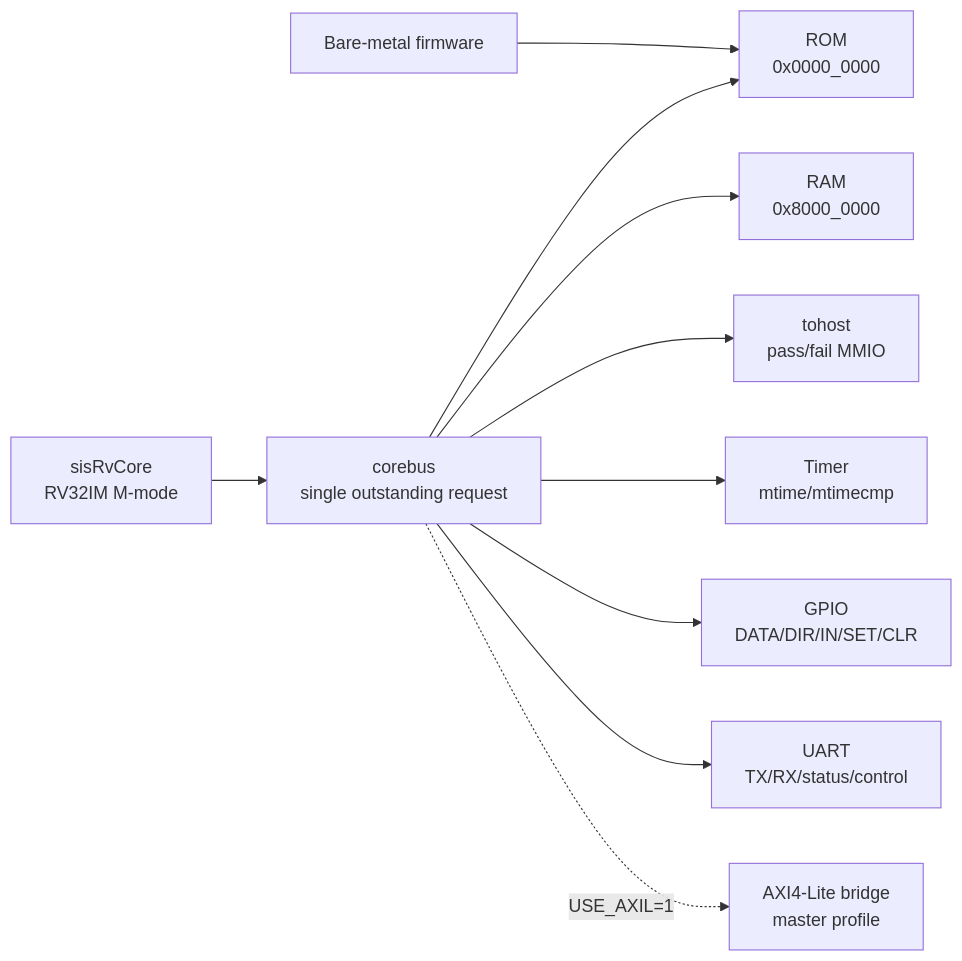
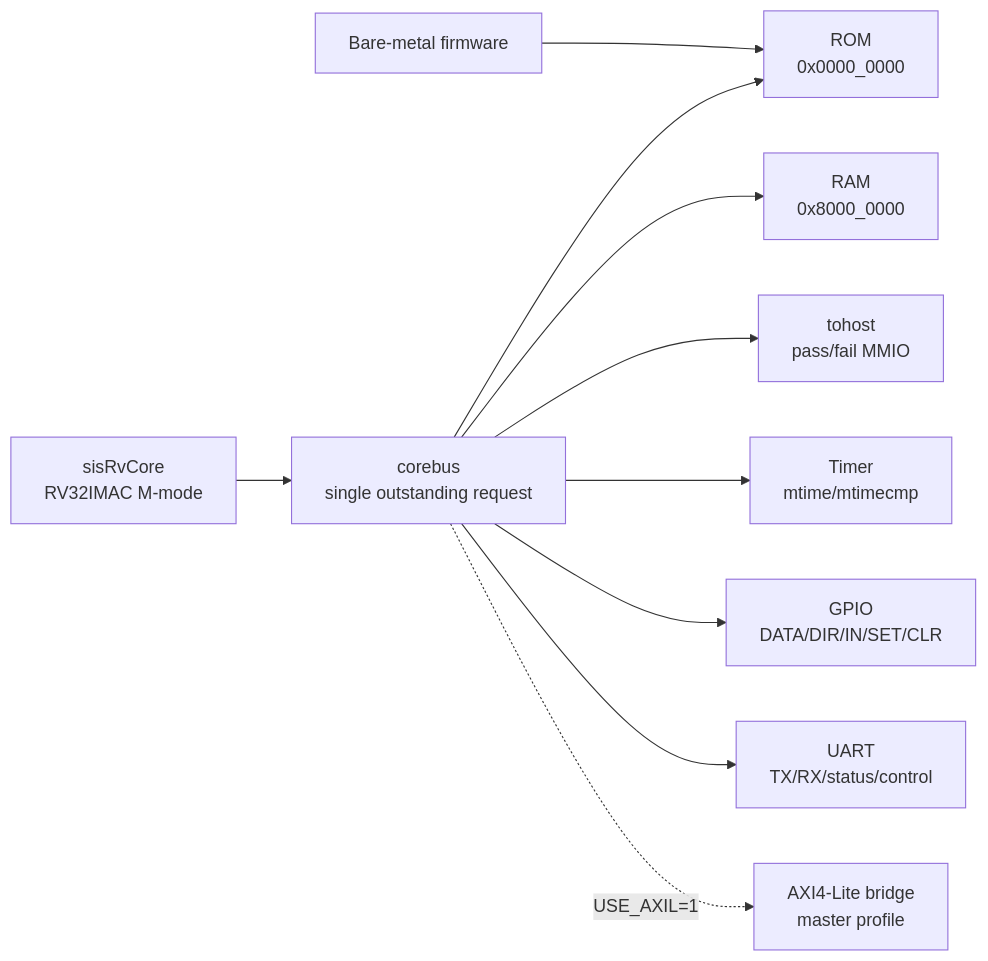
One commit to kiranreddi/sisrv-platform changed the first of 3 diagrams in README.md. Above: the diagram before and after it, drawn with Mermaid. The commit also changed other lines of this file and 10 other files, not shown here.

````diff
--- a/README.md
+++ b/README.md
@@ -57,12 +57,12 @@
 ```mermaid
 flowchart LR
   FW["Bare-metal firmware"] --> ROM["ROM\n0x0000_0000"]
-  Core["sisRvCore\nRV32IM M-mode"] --> Bus["corebus\nsingle outstanding request"]
+  Core["sisRvCore\nRV32IMAC M-mode"] --> Bus["corebus\nsingle outstanding request"]
   Bus --> ROM
   Bus --> RAM["RAM\n0x8000_0000"]
   Bus --> Tohost["tohost\npass/fail MMIO"]
   Bus --> Timer["Timer\nmtime/mtimecmp"]
   Bus --> GPIO["GPIO\nDATA/DIR/IN/SET/CLR"]
   Bus --> UART["UART\nTX/RX/status/control"]
   Bus -. "USE_AXIL=1" .-> AXIL["AXI4-Lite bridge\nmaster profile"]
 ```
````
